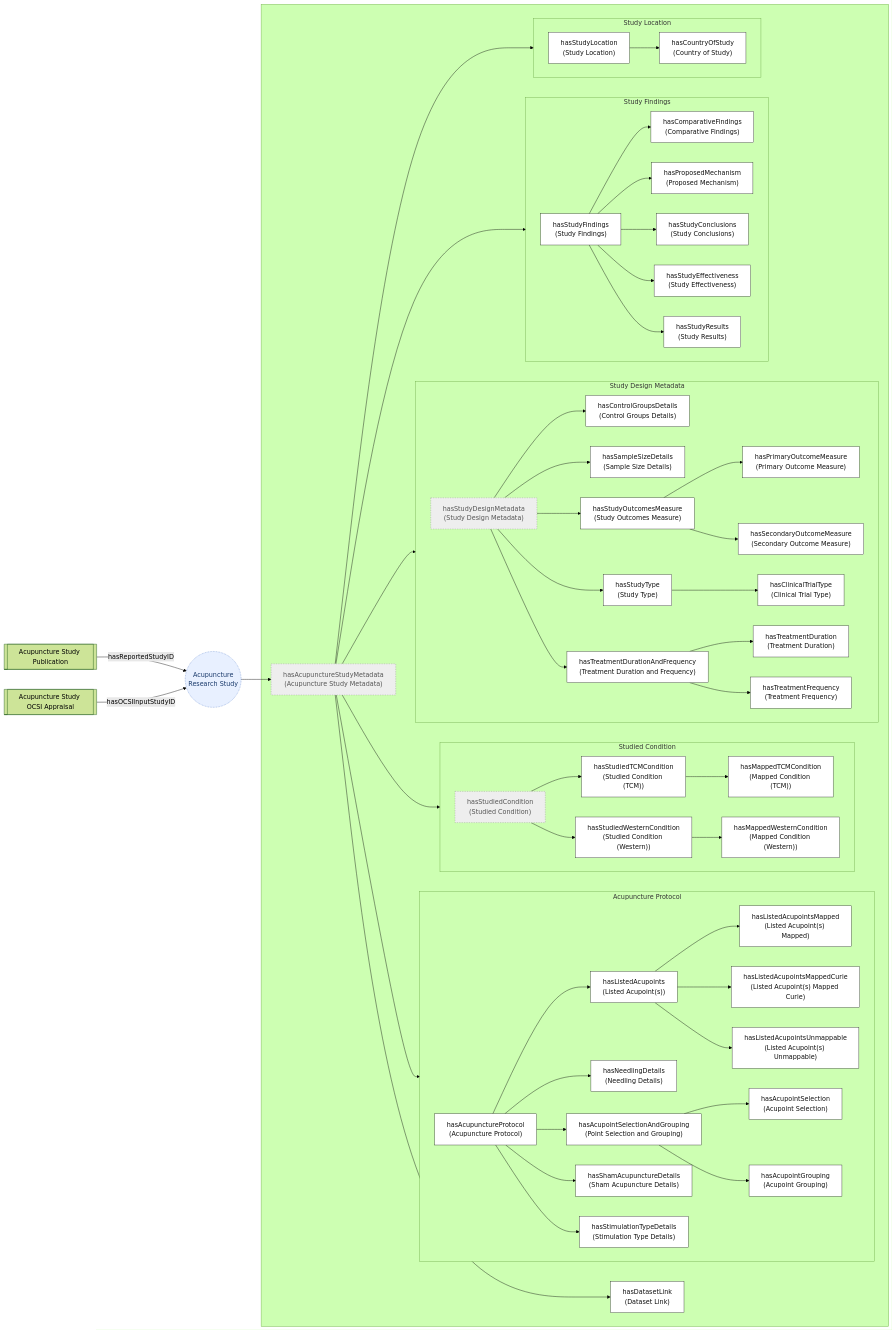
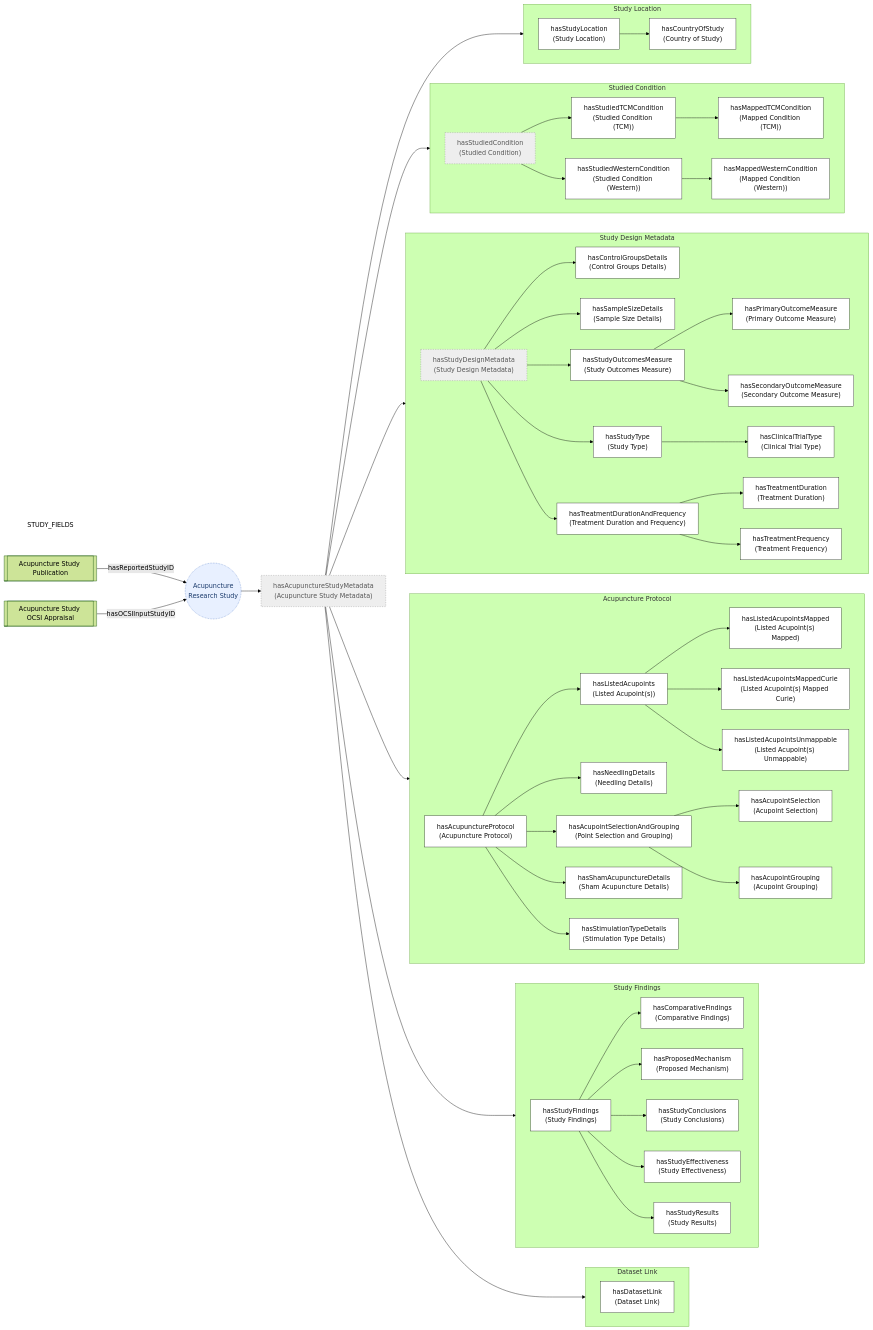
One commit to smtifahim/TARA-Ontology-Repository changed the third of 5 diagrams in ontology-files/base/articles-kb/articles-kb-core/README.md. Above: the diagram before and after it, drawn with Mermaid (forest theme). The commit also changed other lines of this file, not shown here.

````diff
--- a/ontology-files/base/articles-kb/articles-kb-core/README.md
+++ b/ontology-files/base/articles-kb/articles-kb-core/README.md
@@ -95,12 +93,46 @@
     classDef field fill:#ffffff,stroke:#333,color:#111
     classDef linked fill:#e8f0ff,stroke:#4472c4,stroke-dasharray: 2 2,color:#1a3a6b
 
+    style STUDY_FIELDS stroke:none, fill:none
+
+
     STUDY(("Acupuncture<br/>Research Study")):::field
     ROOT["hasAcupunctureStudyMetadata<br/>(Acupuncture Study Metadata)"]:::group
     STUDY --> ROOT
 
-    subgraph STUDY_FIELDS [" "]
 
+    ROOT --> SLOC
+    ROOT --> SDES
+    ROOT --> SCOND
+    ROOT --> PROT
+    ROOT --> SFIND
+    ROOT --> DLINK
+
+
+%% subgraph STUDY_FIELDS [" "]
+
+    subgraph DLK ["Dataset Link"]
+        direction LR
+        DLINK["hasDatasetLink<br/>(Dataset Link)"]:::field
+    end
+
+    subgraph FINDINGS ["Study Findings"]
+        direction LR
+        SFIND["hasStudyFindings<br/>(Study Findings)"]:::field
+        COMP["hasComparativeFindings<br/>(Comparative Findings)"]:::field
+        MECH["hasProposedMechanism<br/>(Proposed Mechanism)"]:::field
+        CONCL["hasStudyConclusions<br/>(Study Conclusions)"]:::field
+        EFFECT["hasStudyEffectiveness<br/>(Study Effectiveness)"]:::field
+        RESULTS["hasStudyResults<br/>(Study Results)"]:::field
+
+        SFIND --> COMP
+        SFIND --> MECH
+        SFIND --> CONCL
+        SFIND --> EFFECT
+        SFIND --> RESULTS
+    end
+    
+    
     subgraph PROTO ["Acupuncture Protocol"]
         direction LR
         PROT["hasAcupunctureProtocol<br/>(Acupuncture Protocol)"]:::field
@@ -126,19 +158,7 @@
         PROT --> SHAM
         PROT --> STIM
     end
-
-    subgraph COND ["Studied Condition"]
-        direction LR
-        SCOND["hasStudiedCondition<br/>(Studied Condition)"]:::group
-        TCM["hasStudiedTCMCondition<br/>(Studied Condition (TCM))"]:::field
-        TCMMAP["hasMappedTCMCondition<br/>(Mapped Condition (TCM))"]:::field
-        WEST["hasStudiedWesternCondition<br/>(Studied Condition (Western))"]:::field
-        WESTMAP["hasMappedWesternCondition<br/>(Mapped Condition (Western))"]:::field
-
-        SCOND --> TCM --> TCMMAP
-        SCOND --> WEST --> WESTMAP
-    end
-
+    
     subgraph DESIGN ["Study Design Metadata"]
         direction LR
         SDES["hasStudyDesignMetadata<br/>(Study Design Metadata)"]:::group
@@ -164,20 +184,16 @@
         TDF --> TFREQ
     end
 
-    subgraph FINDINGS ["Study Findings"]
+    subgraph COND ["Studied Condition"]
         direction LR
-        SFIND["hasStudyFindings<br/>(Study Findings)"]:::field
-        COMP["hasComparativeFindings<br/>(Comparative Findings)"]:::field
-        MECH["hasProposedMechanism<br/>(Proposed Mechanism)"]:::field
-        CONCL["hasStudyConclusions<br/>(Study Conclusions)"]:::field
-        EFFECT["hasStudyEffectiveness<br/>(Study Effectiveness)"]:::field
-        RESULTS["hasStudyResults<br/>(Study Results)"]:::field
+        SCOND["hasStudiedCondition<br/>(Studied Condition)"]:::group
+        TCM["hasStudiedTCMCondition<br/>(Studied Condition (TCM))"]:::field
+        TCMMAP["hasMappedTCMCondition<br/>(Mapped Condition (TCM))"]:::field
+        WEST["hasStudiedWesternCondition<br/>(Studied Condition (Western))"]:::field
+        WESTMAP["hasMappedWesternCondition<br/>(Mapped Condition (Western))"]:::field
 
-        SFIND --> COMP
-        SFIND --> MECH
-        SFIND --> CONCL
-        SFIND --> EFFECT
-        SFIND --> RESULTS
+        SCOND --> TCM --> TCMMAP
+        SCOND --> WEST --> WESTMAP
     end
 
     subgraph LOC ["Study Location"]
@@ -186,18 +202,9 @@
         COUNTRY["hasCountryOfStudy<br/>(Country of Study)"]:::field
         SLOC --> COUNTRY
     end
-
-    DLINK["hasDatasetLink<br/>(Dataset Link)"]:::field
-
-    ROOT --> PROT
-    ROOT --> DLINK
-    ROOT --> SCOND
-    ROOT --> SDES
-    ROOT --> SFIND
-    ROOT --> SLOC
-
-    end
+%% end
 
     PUB_EXT[["Acupuncture Study Publication"]] -- hasReportedStudyID --> STUDY:::linked  
     OCSI_EXT[["Acupuncture Study OCSI Appraisal"]] -- hasOCSIInputStudyID --> STUDY:::linked
+
 ```
````
